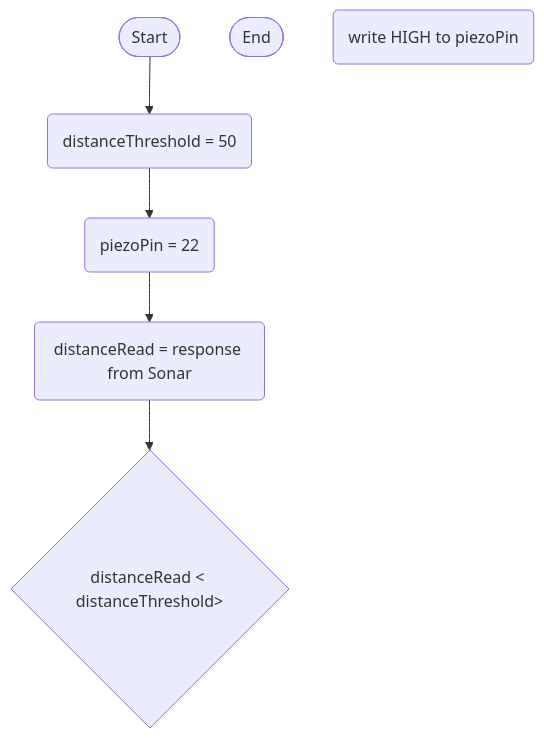
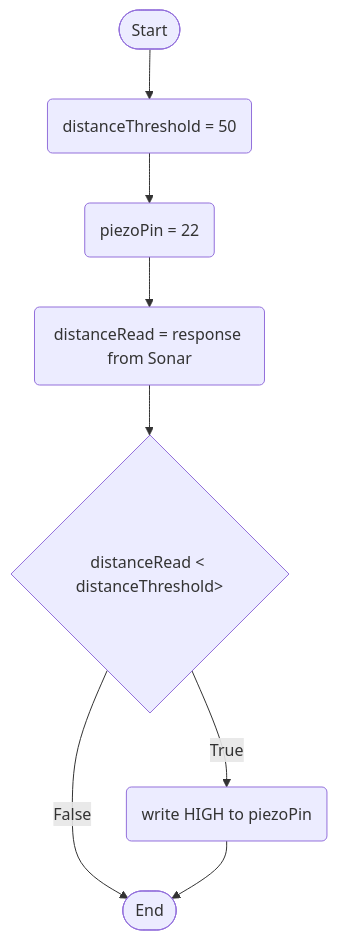
The diagram in logic.md (Saxonugfd7/ElectronicsBoard), drawn with Mermaid before and after one commit.

Commit message:
final draft

````diff
--- a/logic.md
+++ b/logic.md
@@ -1,14 +1,18 @@
 ```mermaid
 flowchart TD
     terminalStart([Start])
     terminalEnd([End])
     thresholdSet(distanceThreshold = 50)
     setPiezoPin(piezoPin = 22)
     currentDistanceReading(distanceRead = response from Sonar)
     activatePiezo(write HIGH to piezoPin)
     ifDistanceLessThanThreshold{distanceRead < distanceThreshold>}
 
-    terminalStart --> thresholdSet --> setPiezoPin
+    terminalStart --> thresholdSet
+    thresholdSet --> setPiezoPin
     setPiezoPin --> currentDistanceReading
     currentDistanceReading --> ifDistanceLessThanThreshold
+    ifDistanceLessThanThreshold --> |True| activatePiezo
+    ifDistanceLessThanThreshold --> |False| terminalEnd
+    activatePiezo --> terminalEnd
 ```
````
